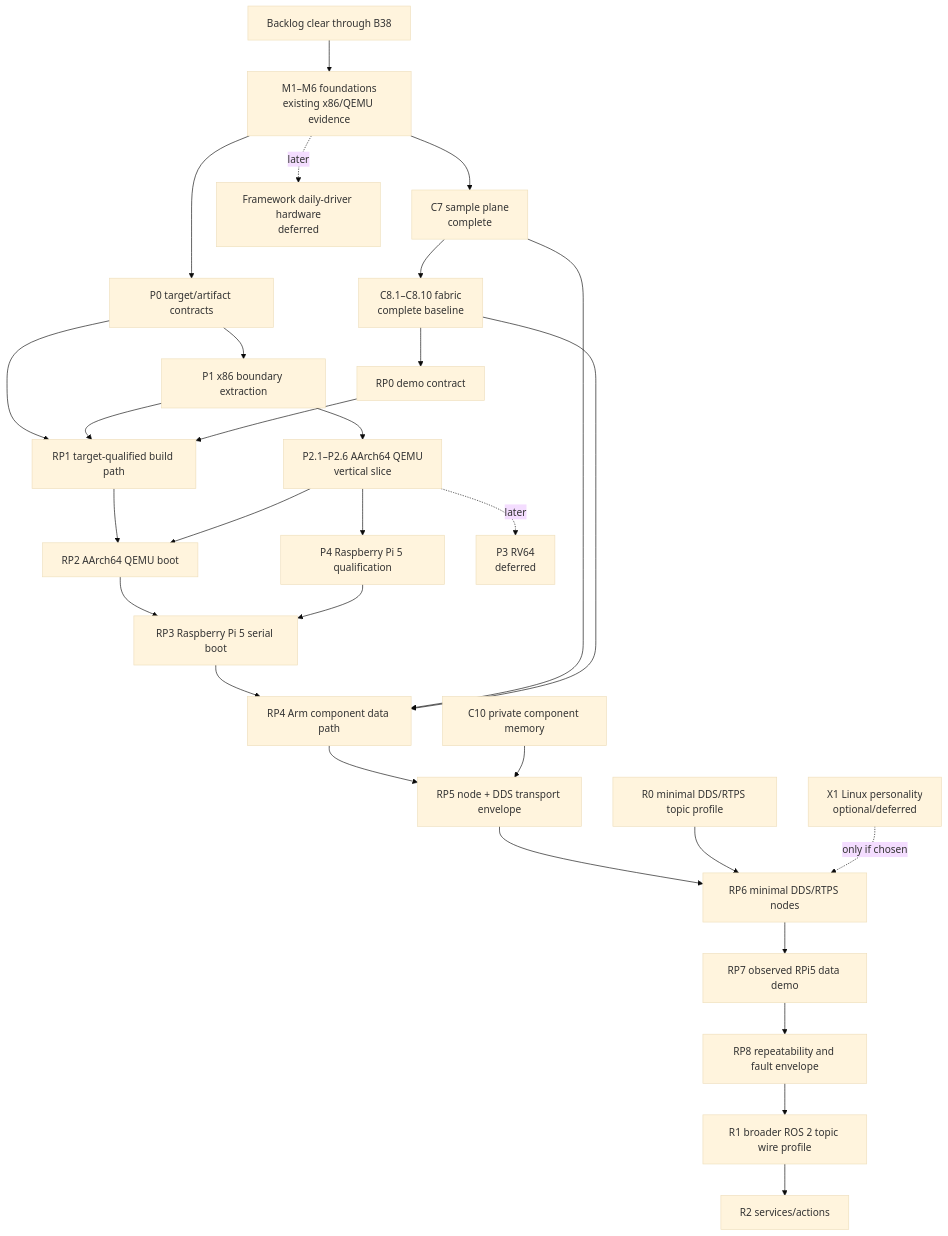
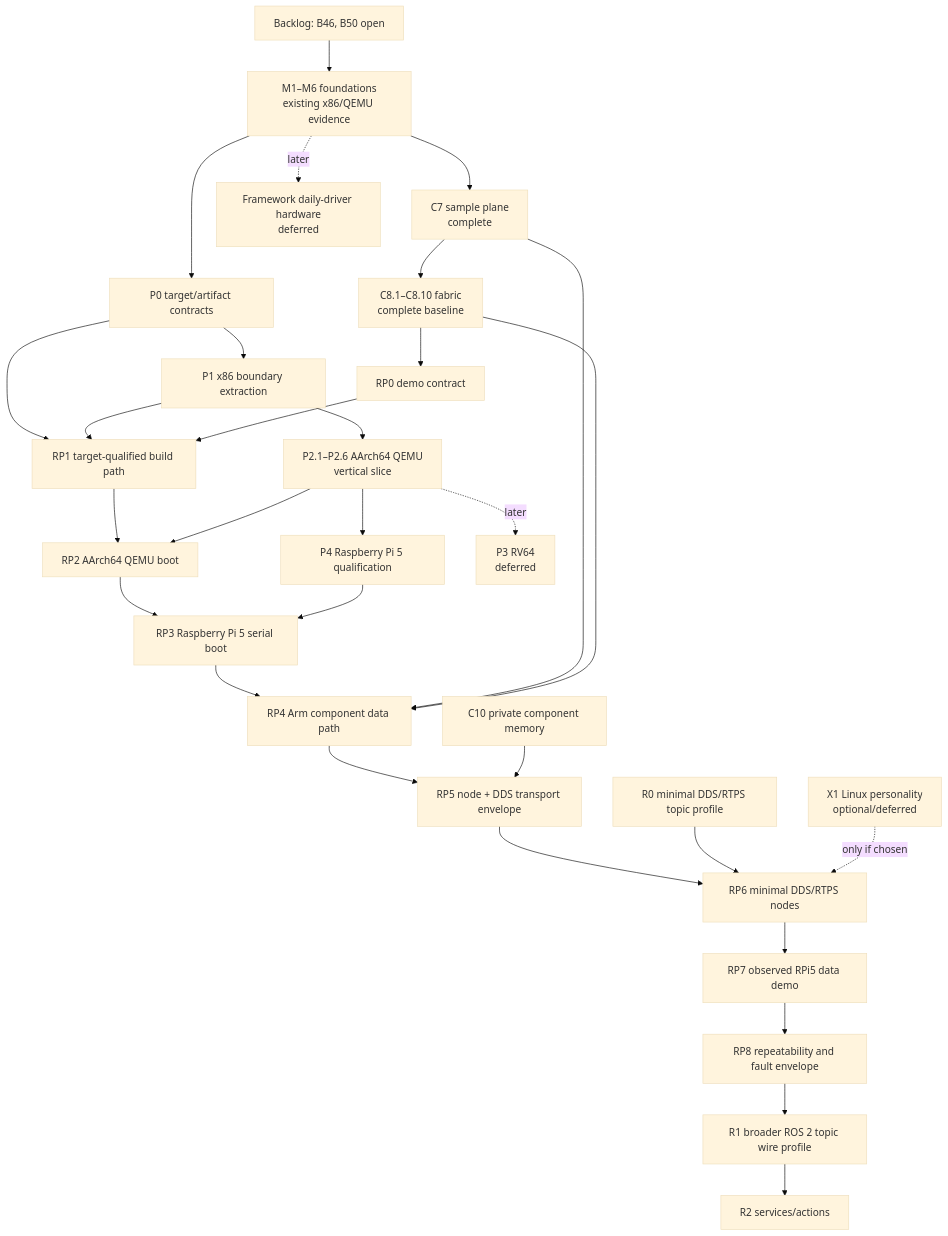
One commit to iceice666/slime_os changed the diagram in roadmap/README.md. Above: the diagram before and after it, drawn with Mermaid (base theme). The commit also changed other lines of this file and 1 other file, not shown here.

First line of the commit message:
docs(repo/roadmap): correct the backlog-clear status claims

````diff
--- a/roadmap/README.md
+++ b/roadmap/README.md
@@ -44,45 +44,45 @@
 ```mermaid
 flowchart TD
-    Backlog["Backlog clear through B38"]
+    Backlog["Backlog: B46, B50 open"]
     Foundations["M1–M6 foundations\nexisting x86/QEMU evidence"]
     C7["C7 sample plane\ncomplete"]
     C8["C8.1–C8.10 fabric\ncomplete baseline"]
     P0["P0 target/artifact contracts"]
     P1["P1 x86 boundary extraction"]
     P2["P2.1–P2.6 AArch64 QEMU\nvertical slice"]
     P4["P4 Raspberry Pi 5 qualification"]
     C10["C10 private component memory"]
     R0["R0 minimal DDS/RTPS topic profile"]
     RP0["RP0 demo contract"]
     RP1["RP1 target-qualified build path"]
     RP2["RP2 AArch64 QEMU boot"]
     RP3["RP3 Raspberry Pi 5 serial boot"]
     RP4["RP4 Arm component data path"]
     RP5["RP5 node + DDS transport envelope"]
     RP6["RP6 minimal DDS/RTPS nodes"]
     RP7["RP7 observed RPi5 data demo"]
     RP8["RP8 repeatability and fault envelope"]
     R1["R1 broader ROS 2 topic wire profile"]
     R2["R2 services/actions"]
     Framework["Framework daily-driver hardware\ndeferred"]
     RV64["P3 RV64\ndeferred"]
     X1["X1 Linux personality\noptional/deferred"]
 
     Backlog --> Foundations
     Foundations --> C7 --> C8
     Foundations --> P0 --> P1 --> P2 --> P4
     C8 --> RP0
     P0 --> RP1
     P1 --> RP1
     RP0 --> RP1 --> RP2 --> RP3 --> RP4 --> RP5 --> RP6 --> RP7 --> RP8
     P2 --> RP2
     P4 --> RP3
     C7 --> RP4
     C8 --> RP4
     C10 --> RP5
     R0 --> RP6
     X1 -.->|only if chosen| RP6
     RP8 --> R1 --> R2
     P2 -.->|later| RV64
     Foundations -.->|later| Framework
 ```
````
